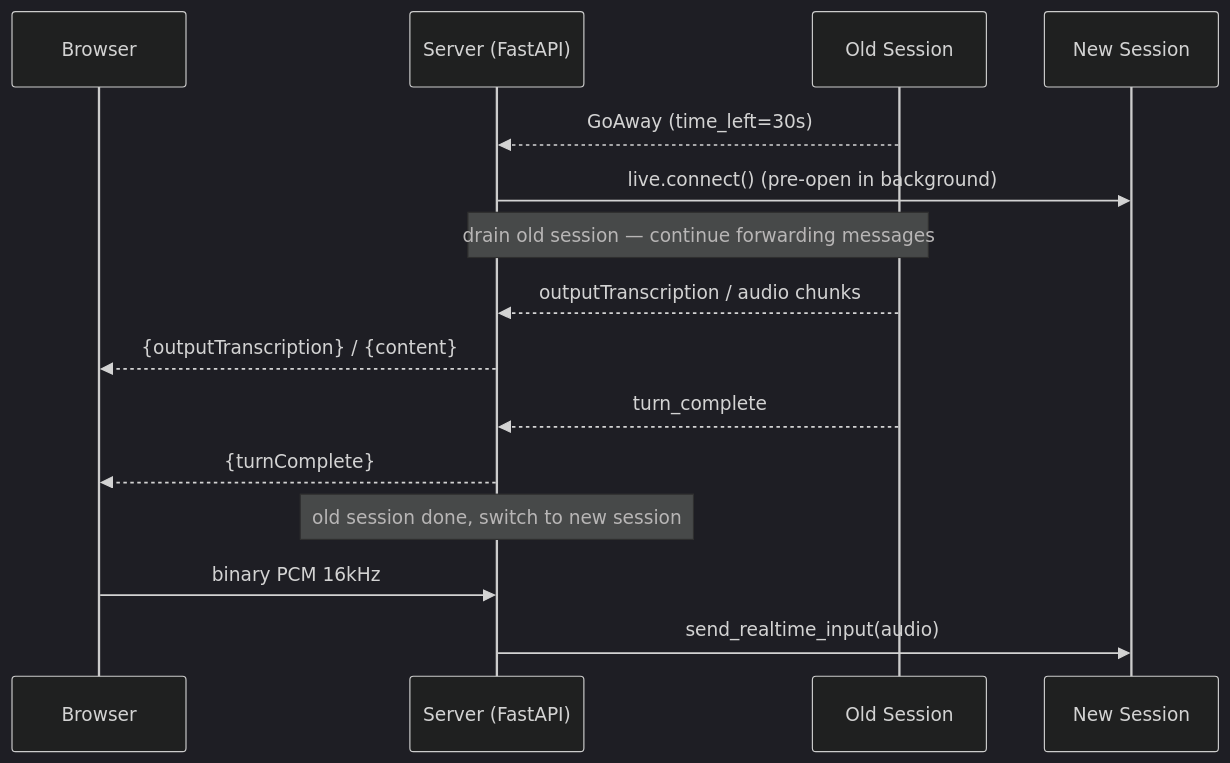
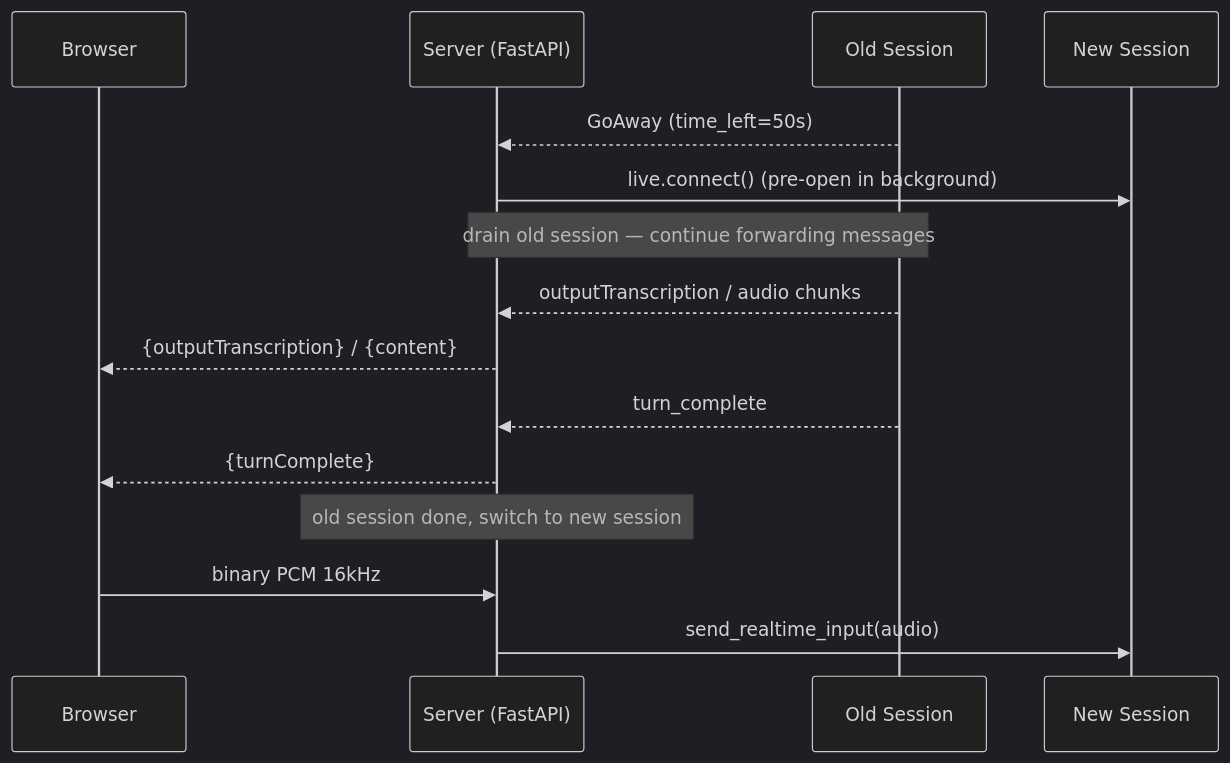
One commit to kazunori279/live-translator changed the second of 3 diagrams in README.md. Above: the diagram before and after it, drawn with Mermaid (dark theme). The commit also changed other lines of this file, not shown here.

Commit message:
Document GoAway learnings: measured cost, turn-accounting trap, residual gap

````diff
--- a/README.md
+++ b/README.md
@@ -185,18 +185,18 @@
 ```mermaid
 sequenceDiagram
     participant B as Browser
     participant S as Server (FastAPI)
     participant O as Old Session
     participant N as New Session
 
-    O-->>S: GoAway (time_left=30s)
+    O-->>S: GoAway (time_left=50s)
     S->>N: live.connect() (pre-open in background)
     note over S,O: drain old session — continue forwarding messages
     O-->>S: outputTranscription / audio chunks
     S-->>B: {outputTranscription} / {content}
     O-->>S: turn_complete
     S-->>B: {turnComplete}
     note over S: old session done, switch to new session
     B->>S: binary PCM 16kHz
     S->>N: send_realtime_input(audio)
 ```
````
